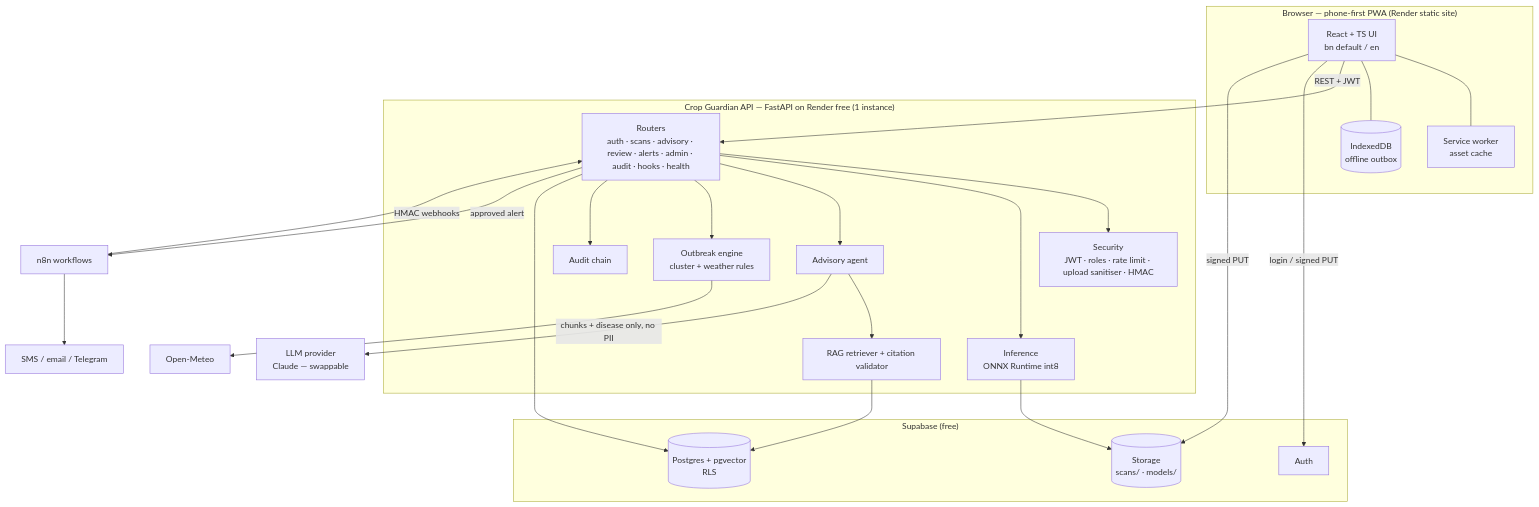
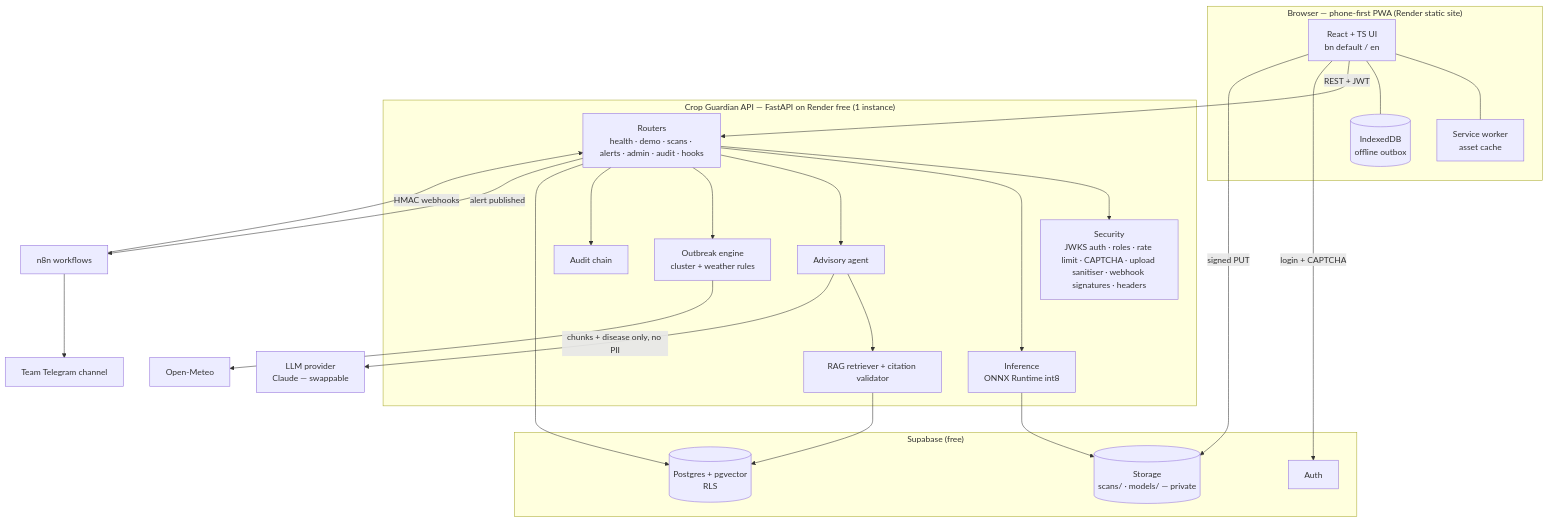
Before and after one commit to muhtasim-apon/Infinity_AI_Buildfest: the diagram in cropguardian/docs/diagrams/system-architecture.mmd, drawn with Mermaid. The commit also changed 221 other files, not shown here.

```diff
--- a/cropguardian/docs/diagrams/system-architecture.mmd
+++ b/cropguardian/docs/diagrams/system-architecture.mmd
@@ -1,47 +1,47 @@
 flowchart TB
   subgraph Client["Browser — phone-first PWA (Render static site)"]
     UI[React + TS UI<br/>bn default / en]
     SW[Service worker<br/>asset cache]
     OB[(IndexedDB<br/>offline outbox)]
     UI --- SW
     UI --- OB
   end
 
   subgraph API["Crop Guardian API — FastAPI on Render free (1 instance)"]
-    R[Routers<br/>auth · scans · advisory · review · alerts · admin · audit · hooks · health]
-    SEC[Security<br/>JWT · roles · rate limit · upload sanitiser · HMAC]
+    R[Routers<br/>health · demo · scans · alerts · admin · audit · hooks]
+    SEC[Security<br/>JWKS auth · roles · rate limit · CAPTCHA · upload sanitiser · webhook signatures · headers]
     INF[Inference<br/>ONNX Runtime int8]
     ADV[Advisory agent]
     RAG[RAG retriever + citation validator]
     OUT[Outbreak engine<br/>cluster + weather rules]
     AUD[Audit chain]
     R --> SEC
     R --> INF
     R --> ADV
     ADV --> RAG
     R --> OUT
     R --> AUD
   end
 
   subgraph SB["Supabase (free)"]
     AUTH[Auth]
     PG[(Postgres + pgvector<br/>RLS)]
-    ST[(Storage<br/>scans/ · models/)]
+    ST[(Storage<br/>scans/ · models/ — private)]
   end
 
   LLM[LLM provider<br/>Claude — swappable]
   OM[Open-Meteo]
   N8N[n8n workflows]
-  CH[SMS / email / Telegram]
+  CH[Team Telegram channel]
 
   UI -->|REST + JWT| R
-  UI -->|login / signed PUT| AUTH
+  UI -->|login + CAPTCHA| AUTH
   UI -->|signed PUT| ST
   INF --> ST
   RAG --> PG
   R --> PG
   ADV -->|chunks + disease only, no PII| LLM
   OUT --> OM
   N8N -->|HMAC webhooks| R
-  R -->|approved alert| N8N
+  R -->|alert published| N8N
   N8N --> CH
```
